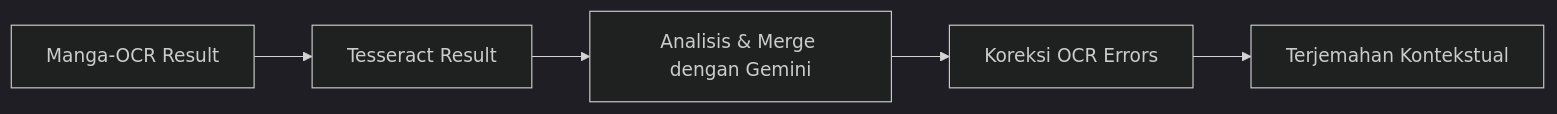
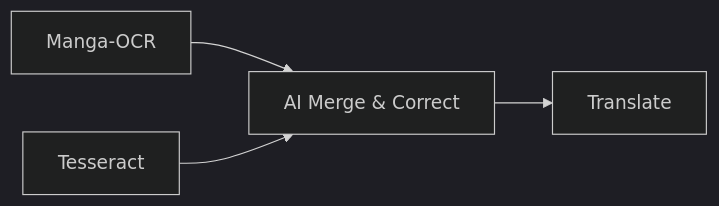
One commit to irazawa/Manga-OCR changed the third of 3 diagrams in README.md. Above: the diagram before and after it, drawn with Mermaid (dark theme). The commit also changed other lines of this file, not shown here.

````diff
--- a/README.md
+++ b/README.md
@@ -99,4 +126,6 @@
 ```mermaid
 flowchart LR
-    D1[Manga-OCR Result] --> D2[Tesseract Result] --> D3[Analisis & Merge dengan Gemini] --> D4[Koreksi OCR Errors] --> D5[Terjemahan Kontekstual]
+  M[Manga-OCR] --> Merge
+  T[Tesseract] --> Merge
+  Merge[AI Merge & Correct] --> Translate
 ```
````
